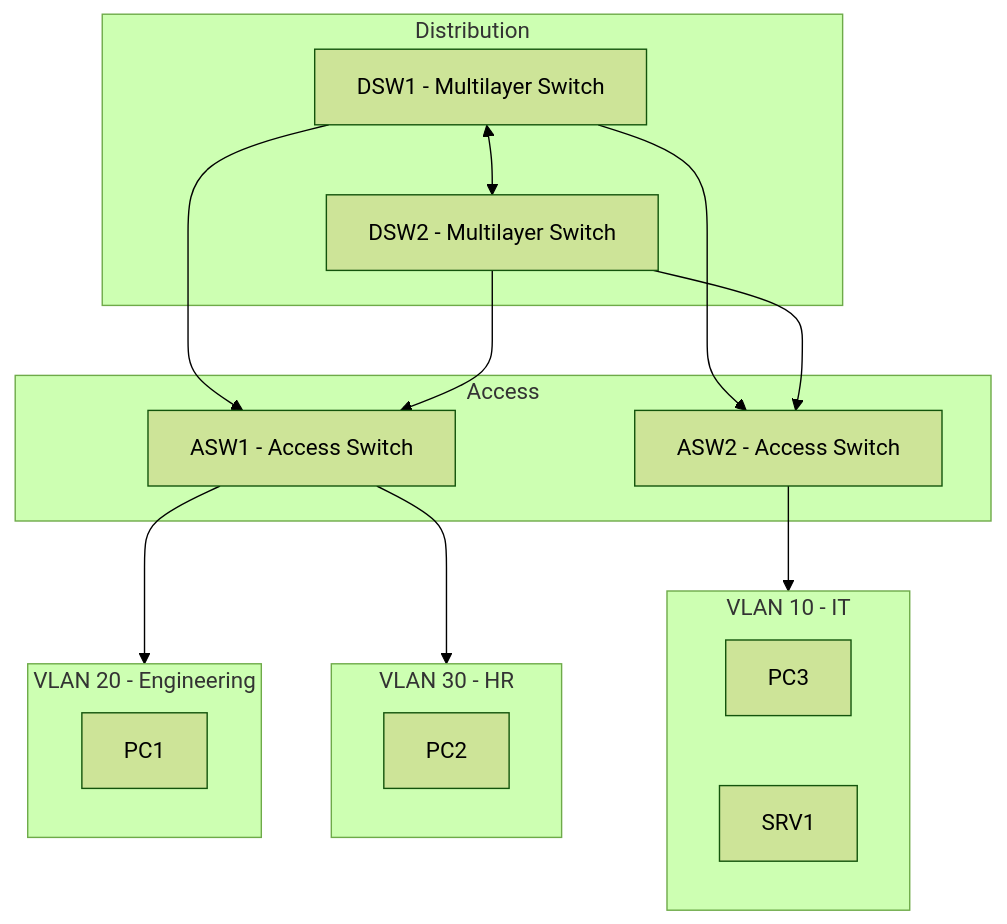
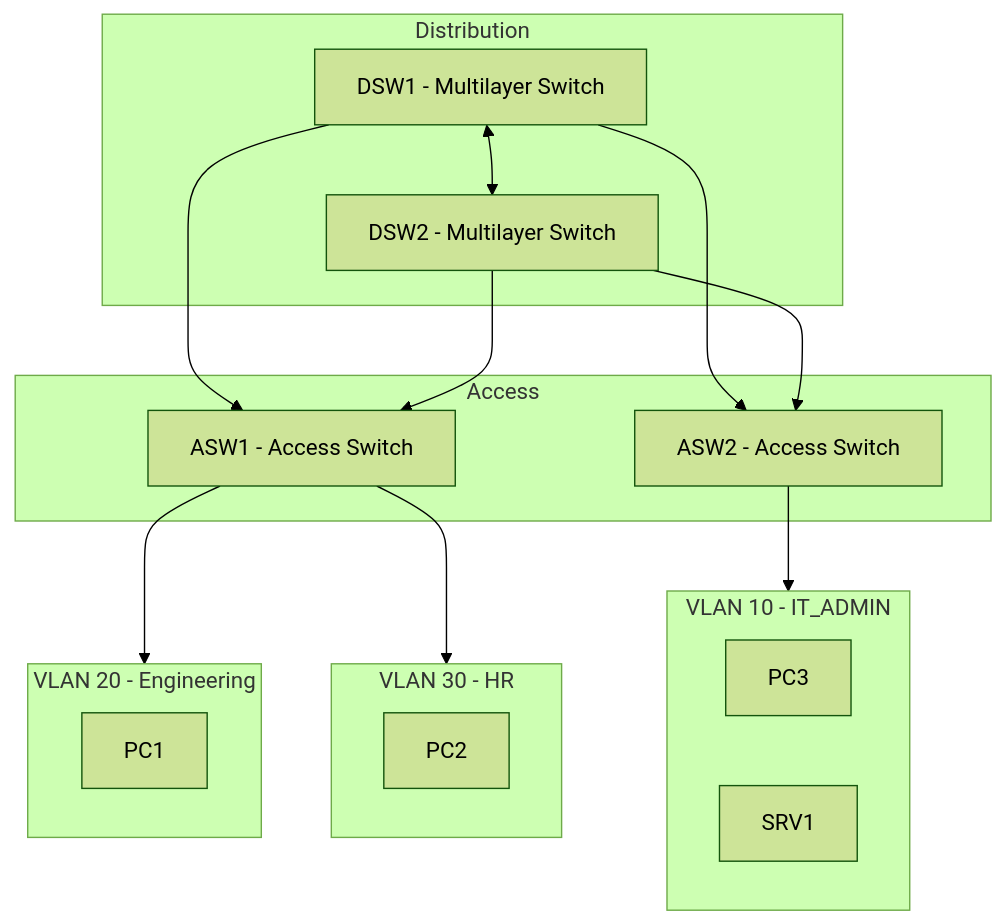
One commit to japalbornoz/Multilayer-Campus-Redundancy-Design changed the diagram in README.md. Above: the diagram before and after it, drawn with Mermaid (forest theme). The commit also changed other lines of this file, not shown here.

````diff
--- a/README.md
+++ b/README.md
@@ -50,38 +55,38 @@
 ```mermaid
 flowchart TB
 
   subgraph Distribution
     DSW1["DSW1 - Multilayer Switch"]
     DSW2["DSW2 - Multilayer Switch"]
   end
 
   subgraph Access
     ASW1["ASW1 - Access Switch"]
     ASW2["ASW2 - Access Switch"]
   end
 
   DSW1 <--> DSW2
 
   DSW1 --> ASW1
   DSW2 --> ASW1
 
   DSW1 --> ASW2
   DSW2 --> ASW2
 
   subgraph VLAN20["VLAN 20 - Engineering"]
     PC1["PC1"]
   end
 
   subgraph VLAN30["VLAN 30 - HR"]
     PC2["PC2"]
   end
 
-  subgraph VLAN10["VLAN 10 - IT"]
+  subgraph VLAN10["VLAN 10 - IT_ADMIN"]
     PC3["PC3"]
     SRV1["SRV1"]
   end
 
   ASW1 --> VLAN20
   ASW1 --> VLAN30
   ASW2 --> VLAN10
 ```
````
